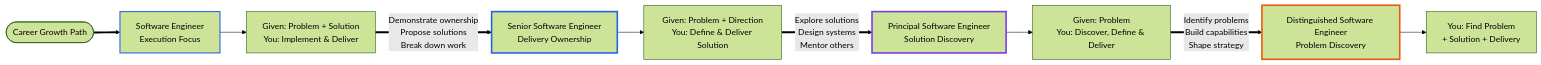
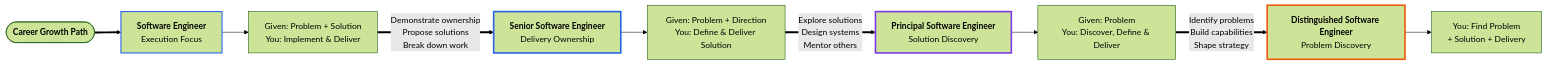
Before and after one commit to withcaldera/engineering-framework: the fourth of 5 diagrams in frameworks/progression-matrix.md, drawn with Mermaid (forest theme). The commit also changed other lines of this file and 1 other file, not shown here.

````diff
--- a/frameworks/progression-matrix.md
+++ b/frameworks/progression-matrix.md
@@ -225,30 +225,30 @@
 ```mermaid
 flowchart LR
-    Start([Career Growth Path])
-    
-    SE[Software Engineer<br/>Execution Focus]
+    Start([<b>Career Growth Path</b>])
+
+    SE[<b>Software Engineer</b><br/>Execution Focus]
     SE_Work[Given: Problem + Solution<br/>You: Implement & Deliver]
-    
-    Senior[Senior Software Engineer<br/>Delivery Ownership]
+
+    Senior[<b>Senior Software Engineer</b><br/>Delivery Ownership]
     Senior_Work[Given: Problem + Direction<br/>You: Define & Deliver Solution]
-    
-    Principal[Principal Software Engineer<br/>Solution Discovery]
+
+    Principal[<b>Principal Software Engineer</b><br/>Solution Discovery]
     Principal_Work[Given: Problem<br/>You: Discover, Define & Deliver]
-    
-    Distinguished[Distinguished Software Engineer<br/>Problem Discovery]
+
+    Distinguished[<b>Distinguished Software Engineer</b><br/>Problem Discovery]
     Distinguished_Work[You: Find Problem<br/>+ Solution + Delivery]
-    
+
     Start ==> SE
     SE --> SE_Work
     SE_Work ==>|Demonstrate ownership<br/>Propose solutions<br/>Break down work| Senior
     Senior --> Senior_Work
     Senior_Work ==>|Explore solutions<br/>Design systems<br/>Mentor others| Principal
     Principal --> Principal_Work
     Principal_Work ==>|Identify problems<br/>Build capabilities<br/>Shape strategy| Distinguished
     Distinguished --> Distinguished_Work
-    
+
     style SE stroke:#2563eb,stroke-width:2px
     style Senior stroke:#2563eb,stroke-width:3px
     style Principal stroke:#7c3aed,stroke-width:3px
     style Distinguished stroke:#ea580c,stroke-width:3px
 ```
````
